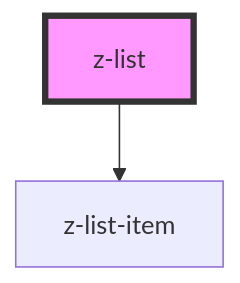
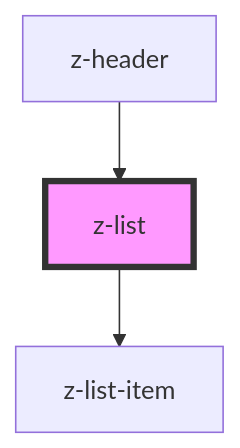
Before and after one commit to ZanichelliEditore/design-system: the diagram in web-components-library/src/components/z-list/readme.md, drawn with Mermaid. The commit also changed other lines of this file and 5 other files, not shown here.

````diff
--- a/web-components-library/src/components/z-list/readme.md
+++ b/web-components-library/src/components/z-list/readme.md
@@ -23,5 +27,6 @@
 ```mermaid
 graph TD;
   z-list --> z-list-item
+  z-header --> z-list
   style z-list fill:#f9f,stroke:#333,stroke-width:4px
 ```
````
